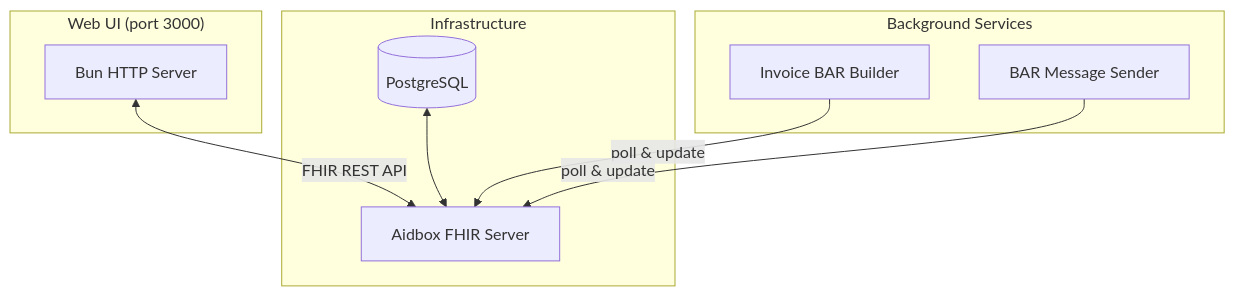
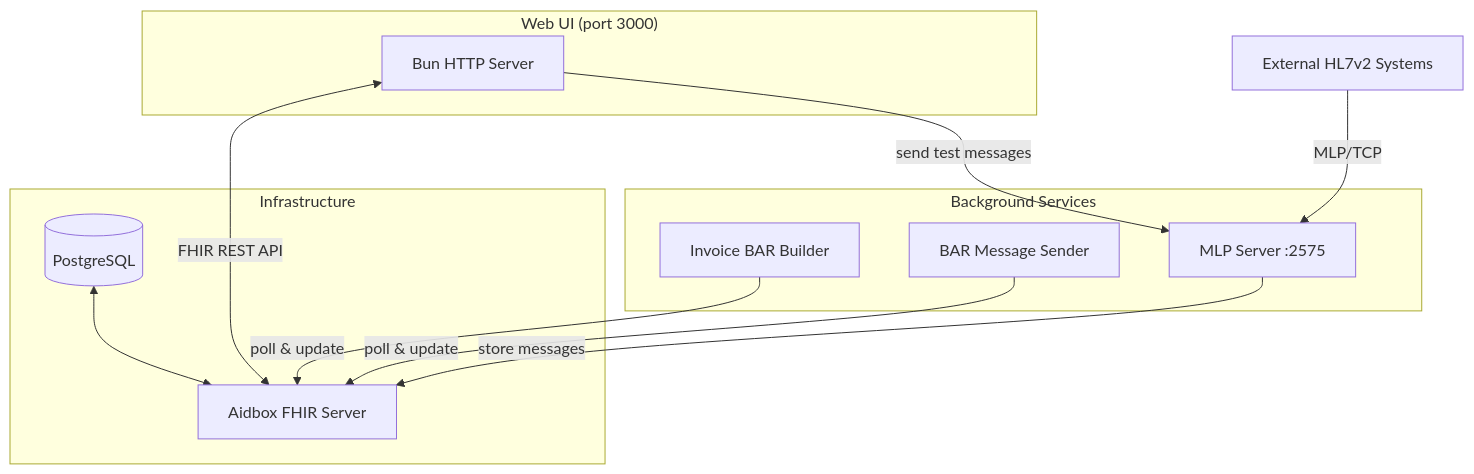
Before and after one commit to Aidbox/aidbox-hl7v2-example: the first of 7 diagrams in spec/architecture.md, drawn with Mermaid. The commit also changed other lines of this file and 7 other files, not shown here.

````diff
--- a/spec/architecture.md
+++ b/spec/architecture.md
@@ -7,21 +7,25 @@
 ```mermaid
 flowchart TB
     subgraph Infrastructure
         PG[(PostgreSQL)]
         Aidbox[Aidbox FHIR Server]
         PG <--> Aidbox
     end
 
     subgraph "Web UI (port 3000)"
         UI[Bun HTTP Server]
     end
 
     subgraph "Background Services"
         Builder[Invoice BAR Builder]
         Sender[BAR Message Sender]
+        MLP[MLP Server :2575]
     end
 
+    External[External HL7v2 Systems] -->|MLP/TCP| MLP
+    MLP -->|store messages| Aidbox
     UI <-->|FHIR REST API| Aidbox
+    UI -->|send test messages| MLP
     Builder -->|poll & update| Aidbox
     Sender -->|poll & update| Aidbox
 ```
````
